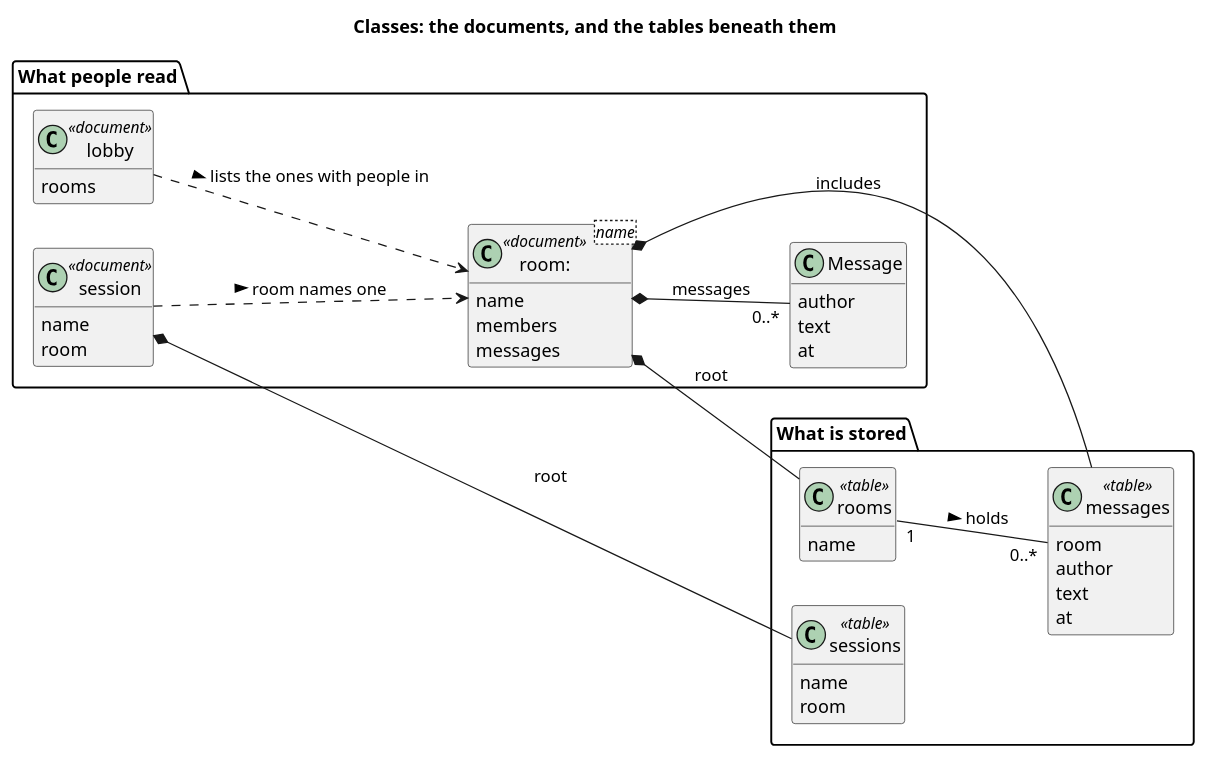
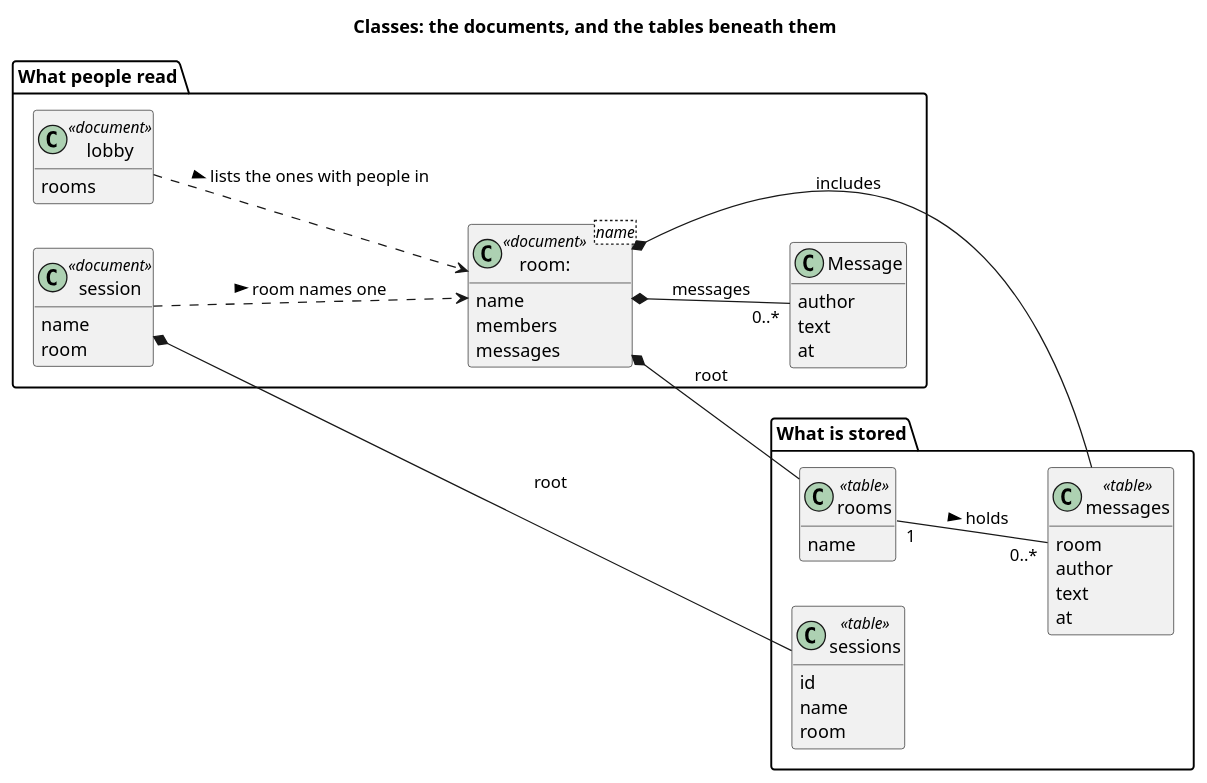
Before and after one commit to blueshed/dzql: the diagram in uml/src/classes.puml, drawn with PlantUML. The commit also changed 10 other files, not shown here.

```diff
--- a/uml/src/classes.puml
+++ b/uml/src/classes.puml
@@ -1,51 +1,52 @@
 @startuml
 title Classes: the documents, and the tables beneath them
 hide empty methods
 left to right direction
 
 package "What people read" {
   class "room:<name>" as RoomDoc <<document>> {
     name
     members
     messages
   }
   class "session" as SessionDoc <<document>> {
     name
     room
   }
   class "lobby" as LobbyDoc <<document>> {
     rooms
   }
   class Message {
     author
     text
     at
   }
 }
 
 package "What is stored" {
   class rooms <<table>> {
     name
   }
   class messages <<table>> {
     room
     author
     text
     at
   }
   class sessions <<table>> {
+    id
     name
     room
   }
 }
 
 RoomDoc *-- "0..*" Message : messages
 SessionDoc ..> RoomDoc : room names one >
 LobbyDoc ..> RoomDoc : lists the ones with people in >
 
 RoomDoc *-- rooms : root
 RoomDoc *-- messages : includes
 SessionDoc *-- sessions : root
 rooms "1" -- "0..*" messages : holds >
 
 @enduml
```
